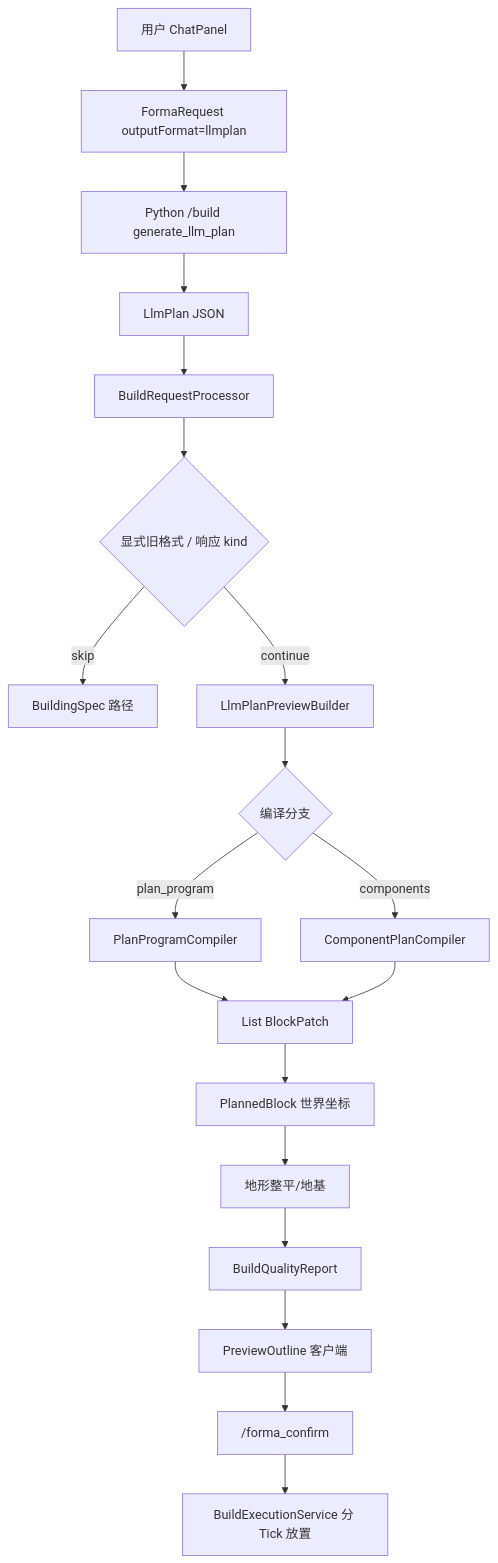
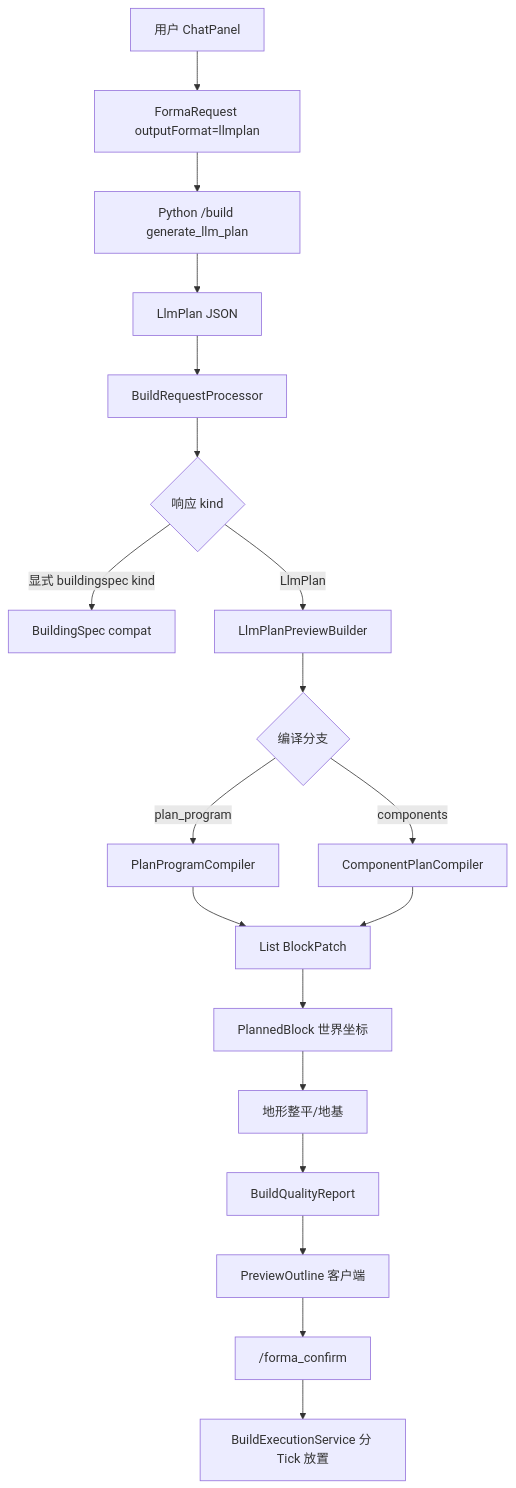
One commit to Theopote/FormaCraft_Mod changed the diagram in docs/GENERATION_PIPELINE.md. Above: the diagram before and after it, drawn with Mermaid. The commit also changed other lines of this file and 10 other files, not shown here.

First line of the commit message:
docs(architecture): 将架构文档精简为稳定契约并更新审计基线

````diff
--- a/docs/GENERATION_PIPELINE.md
+++ b/docs/GENERATION_PIPELINE.md
@@ -30,21 +31,21 @@
 ```mermaid
 flowchart TD
   User[用户 ChatPanel] --> Req[FormaRequest outputFormat=llmplan]
   Req --> Py[Python /build generate_llm_plan]
   Py --> Plan[LlmPlan JSON]
   Plan --> BRP[BuildRequestProcessor]
-  BRP --> Route{显式旧格式 / 响应 kind}
-  Route -->|skip| BS[BuildingSpec 路径]
-  Route -->|continue| Preview[LlmPlanPreviewBuilder]
+  BRP --> Route{响应 kind}
+  Route -->|显式 buildingspec kind| BS[BuildingSpec compat]
+  Route -->|LlmPlan| Preview[LlmPlanPreviewBuilder]
   Preview --> Compile{编译分支}
   Compile -->|plan_program| PPC[PlanProgramCompiler]
   Compile -->|components| CPC[ComponentPlanCompiler]
   PPC --> Patches[List BlockPatch]
   CPC --> Patches
   Patches --> World[PlannedBlock 世界坐标]
   World --> Terrain[地形整平/地基]
   Terrain --> Quality[BuildQualityReport]
   Quality --> Outline[PreviewOutline 客户端]
   Outline --> Confirm["/forma_confirm"]
   Confirm --> Build[BuildExecutionService 分 Tick 放置]
 ```
````
